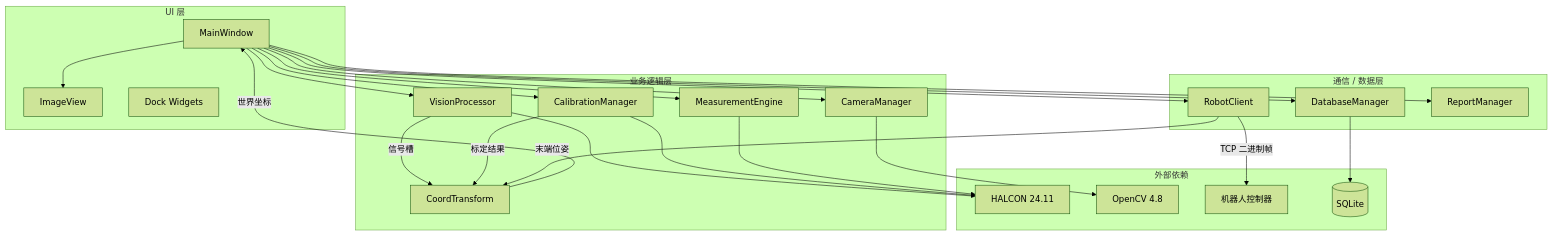
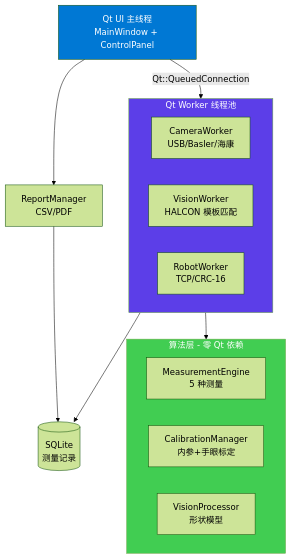
One commit to angleikun/industrial-robot-vision changed the diagram in README.md. Above: the diagram before and after it, drawn with Mermaid (forest theme). The commit also changed other lines of this file and 16 other files, not shown here.

````diff
--- a/README.md
+++ b/README.md
@@ -89,42 +14,29 @@
 ```mermaid
-graph TD
-    subgraph UI["  UI 层  "]
-        MW[MainWindow]
-        IV[ImageView]
-        DW[Dock Widgets]
+graph TB
+    UI[Qt UI 主线程<br/>MainWindow + ControlPanel]
+    
+    subgraph Workers[Qt Worker 线程池]
+        CW[CameraWorker<br/>USB/Basler/海康]
+        VW[VisionWorker<br/>HALCON 模板匹配]
+        RW[RobotWorker<br/>TCP/CRC-16]
     end
-
-    subgraph Business[" 业务逻辑层  "]
-        CM[CameraManager]
-        VP[VisionProcessor]
-        CAL[CalibrationManager]
-        ME[MeasurementEngine]
-        CT[CoordTransform]
+    
+    subgraph Algo[算法层 - 零 Qt 依赖]
+        MM[MeasurementEngine<br/>5 种测量]
+        CM[CalibrationManager<br/>内参+手眼标定]
+        VP[VisionProcessor<br/>形状模型]
     end
-
-    subgraph Data[" 通信 / 数据层  "]
-        RC[RobotClient]
-        DM[DatabaseManager]
-        RM[ReportManager]
-    end
-
-    subgraph External[" 外部依赖  "]
-        HALCON[HALCON 24.11]
-        OpenCV[OpenCV 4.8]
-        Robot[机器人控制器]
-        SQLite[(SQLite)]
-    end
-
-    MW --> IV
-    MW --> CM --> OpenCV
-    MW --> VP --> HALCON
-    MW --> CAL --> HALCON
-    MW --> ME --> HALCON
-    MW --> RC -->|TCP 二进制帧| Robot
-    MW --> DM --> SQLite
-    MW --> RM
-    VP -- 信号槽 --> CT
-    CAL -- 标定结果 --> CT
-    RC -- 末端位姿 --> CT
-    CT -- 世界坐标 --> MW
+    
+    DB[(SQLite<br/>测量记录)]
+    RM[ReportManager<br/>CSV/PDF]
+    
+    UI -->|Qt::QueuedConnection| Workers
+    Workers --> Algo
+    Workers --> DB
+    UI --> RM
+    RM --> DB
+    
+    style UI fill:#0078d4,color:#fff
+    style Workers fill:#5c3ee8,color:#fff
+    style Algo fill:#41cd52,color:#fff
 ```
````
